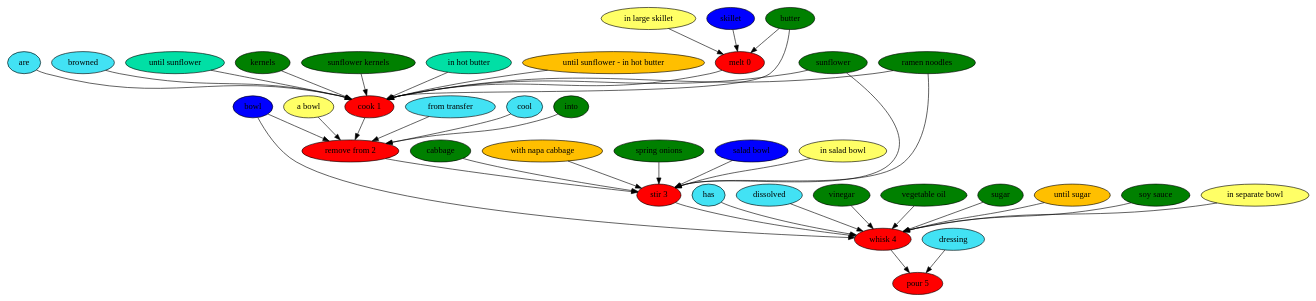
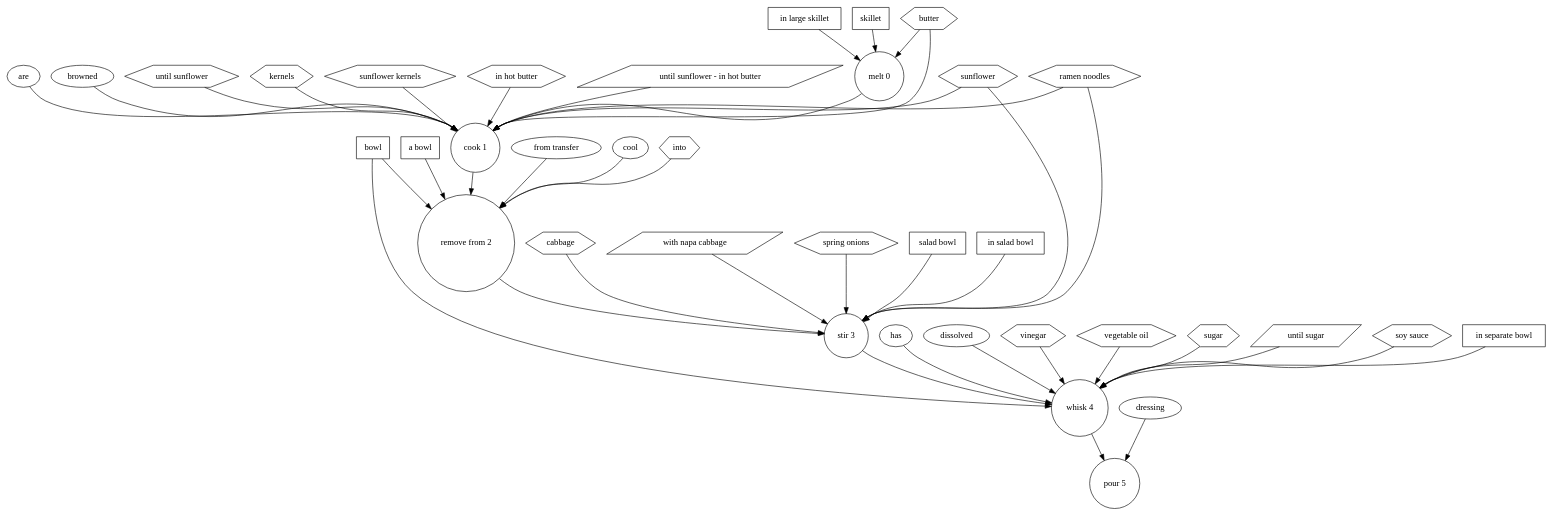
One commit to can-keklik/RecipePostagger changed the diagram in results/paper3/napa-slaw.dot. Above: the diagram before and after it, drawn with Graphviz. The commit also changed 6 other files, not shown here.

```diff
--- a/results/paper3/napa-slaw.dot
+++ b/results/paper3/napa-slaw.dot
@@ -1,86 +1,86 @@
 digraph G {
-"melt 0" [style=filled, fillcolor=red];
-butter [style=filled, fillcolor=green];
+"melt 0" [shape=circle, style=filled, fillcolor=white];
+butter [shape=hexagon, style=filled, fillcolor=white];
 butter -> "melt 0";
-skillet [style=filled, fillcolor="#0000ff"];
+skillet [shape=box, style=filled, fillcolor=white];
 skillet -> "melt 0";
-"in large skillet" [style=filled, fillcolor="#ffff66"];
+"in large skillet" [shape=rectangle, style=filled, fillcolor=white];
 "in large skillet" -> "melt 0";
-"cook 1" [style=filled, fillcolor=red];
-are [style=filled, fillcolor="#42e2f4"];
+"cook 1" [shape=circle, style=filled, fillcolor=white];
+are [shape=ellipse, style=filled, fillcolor=white];
 are -> "cook 1";
-browned [style=filled, fillcolor="#42e2f4"];
+browned [shape=ellipse, style=filled, fillcolor=white];
 browned -> "cook 1";
-sunflower [style=filled, fillcolor=green];
+sunflower [shape=hexagon, style=filled, fillcolor=white];
 sunflower -> "cook 1";
-"until sunflower" [style=filled, fillcolor="#01DFA5"];
+"until sunflower" [shape=hexagon, style=filled, fillcolor=white];
 "until sunflower" -> "cook 1";
-kernels [style=filled, fillcolor=green];
+kernels [shape=hexagon, style=filled, fillcolor=white];
 kernels -> "cook 1";
-"sunflower kernels" [style=filled, fillcolor=green];
+"sunflower kernels" [shape=hexagon, style=filled, fillcolor=white];
 "sunflower kernels" -> "cook 1";
-"ramen noodles" [style=filled, fillcolor=green];
+"ramen noodles" [shape=hexagon, style=filled, fillcolor=white];
 "ramen noodles" -> "cook 1";
-butter [style=filled, fillcolor=green];
+butter [shape=hexagon, style=filled, fillcolor=white];
 butter -> "cook 1";
-"in hot butter" [style=filled, fillcolor="#01DFA5"];
+"in hot butter" [shape=hexagon, style=filled, fillcolor=white];
 "in hot butter" -> "cook 1";
-"until sunflower - in hot butter" [style=filled, fillcolor="#FFBF00"];
+"until sunflower - in hot butter" [shape=parallelogram, style=filled, fillcolor=white];
 "until sunflower - in hot butter" -> "cook 1";
-"remove from 2" [style=filled, fillcolor=red];
-"from transfer" [style=filled, fillcolor="#42e2f4"];
+"remove from 2" [shape=circle, style=filled, fillcolor=white];
+"from transfer" [shape=ellipse, style=filled, fillcolor=white];
 "from transfer" -> "remove from 2";
-cool [style=filled, fillcolor="#42e2f4"];
+cool [shape=ellipse, style=filled, fillcolor=white];
 cool -> "remove from 2";
-into [style=filled, fillcolor=green];
+into [shape=hexagon, style=filled, fillcolor=white];
 into -> "remove from 2";
-bowl [style=filled, fillcolor="#0000ff"];
+bowl [shape=box, style=filled, fillcolor=white];
 bowl -> "remove from 2";
-"a bowl" [style=filled, fillcolor="#ffff66"];
+"a bowl" [shape=rectangle, style=filled, fillcolor=white];
 "a bowl" -> "remove from 2";
-"stir 3" [style=filled, fillcolor=red];
-sunflower [style=filled, fillcolor=green];
+"stir 3" [shape=circle, style=filled, fillcolor=white];
+sunflower [shape=hexagon, style=filled, fillcolor=white];
 sunflower -> "stir 3";
-"ramen noodles" [style=filled, fillcolor=green];
+"ramen noodles" [shape=hexagon, style=filled, fillcolor=white];
 "ramen noodles" -> "stir 3";
-cabbage [style=filled, fillcolor=green];
+cabbage [shape=hexagon, style=filled, fillcolor=white];
 cabbage -> "stir 3";
-"with napa cabbage" [style=filled, fillcolor="#01DFA5"];
+"with napa cabbage" [shape=hexagon, style=filled, fillcolor=white];
 "with napa cabbage" -> "stir 3";
-"spring onions" [style=filled, fillcolor=green];
+"spring onions" [shape=hexagon, style=filled, fillcolor=white];
 "spring onions" -> "stir 3";
-"salad bowl" [style=filled, fillcolor="#0000ff"];
+"salad bowl" [shape=box, style=filled, fillcolor=white];
 "salad bowl" -> "stir 3";
-"in salad bowl" [style=filled, fillcolor="#ffff66"];
+"in salad bowl" [shape=rectangle, style=filled, fillcolor=white];
 "in salad bowl" -> "stir 3";
-bowl [style=filled, fillcolor="#0000ff"];
-"with napa cabbage" [style=filled, fillcolor="#FFBF00"];
-"whisk 4" [style=filled, fillcolor=red];
-has [style=filled, fillcolor="#42e2f4"];
+bowl [shape=box, style=filled, fillcolor=white];
+"with napa cabbage" [shape=parallelogram, style=filled, fillcolor=white];
+"whisk 4" [shape=circle, style=filled, fillcolor=white];
+has [shape=ellipse, style=filled, fillcolor=white];
 has -> "whisk 4";
-dissolved [style=filled, fillcolor="#42e2f4"];
+dissolved [shape=ellipse, style=filled, fillcolor=white];
 dissolved -> "whisk 4";
-vinegar [style=filled, fillcolor=green];
+vinegar [shape=hexagon, style=filled, fillcolor=white];
 vinegar -> "whisk 4";
-"vegetable oil" [style=filled, fillcolor=green];
+"vegetable oil" [shape=hexagon, style=filled, fillcolor=white];
 "vegetable oil" -> "whisk 4";
-sugar [style=filled, fillcolor=green];
+sugar [shape=hexagon, style=filled, fillcolor=white];
 sugar -> "whisk 4";
-"until sugar" [style=filled, fillcolor="#01DFA5"];
+"until sugar" [shape=hexagon, style=filled, fillcolor=white];
 "until sugar" -> "whisk 4";
-"soy sauce" [style=filled, fillcolor=green];
+"soy sauce" [shape=hexagon, style=filled, fillcolor=white];
 "soy sauce" -> "whisk 4";
-bowl [style=filled, fillcolor="#0000ff"];
+bowl [shape=box, style=filled, fillcolor=white];
 bowl -> "whisk 4";
-"in separate bowl" [style=filled, fillcolor="#ffff66"];
+"in separate bowl" [shape=rectangle, style=filled, fillcolor=white];
 "in separate bowl" -> "whisk 4";
-"until sugar" [style=filled, fillcolor="#FFBF00"];
-"pour 5" [style=filled, fillcolor=red];
-dressing [style=filled, fillcolor="#42e2f4"];
+"until sugar" [shape=parallelogram, style=filled, fillcolor=white];
+"pour 5" [shape=circle, style=filled, fillcolor=white];
+dressing [shape=ellipse, style=filled, fillcolor=white];
 dressing -> "pour 5";
 "melt 0" -> "cook 1";
 "cook 1" -> "remove from 2";
 "remove from 2" -> "stir 3";
 "stir 3" -> "whisk 4";
 "whisk 4" -> "pour 5";
 }
```
